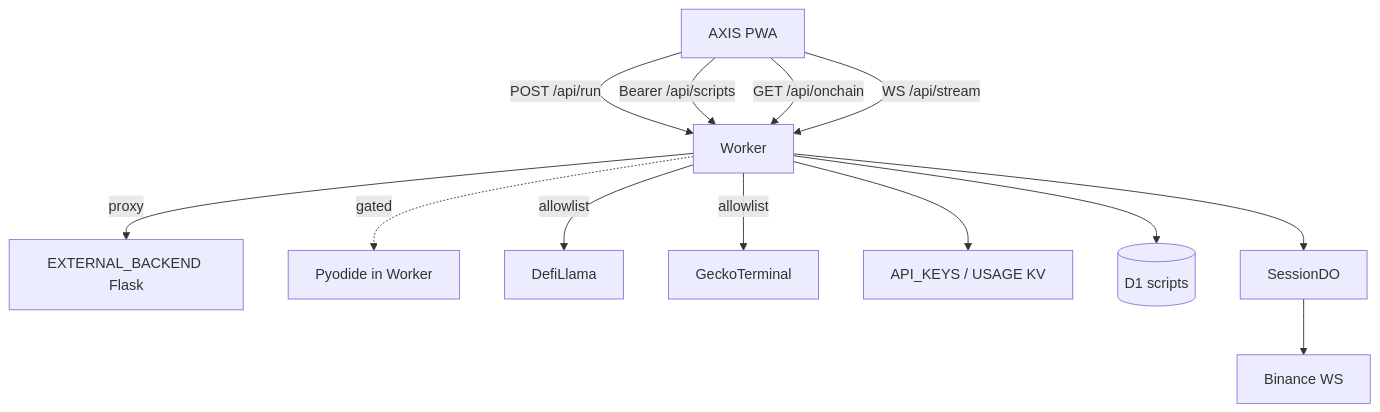
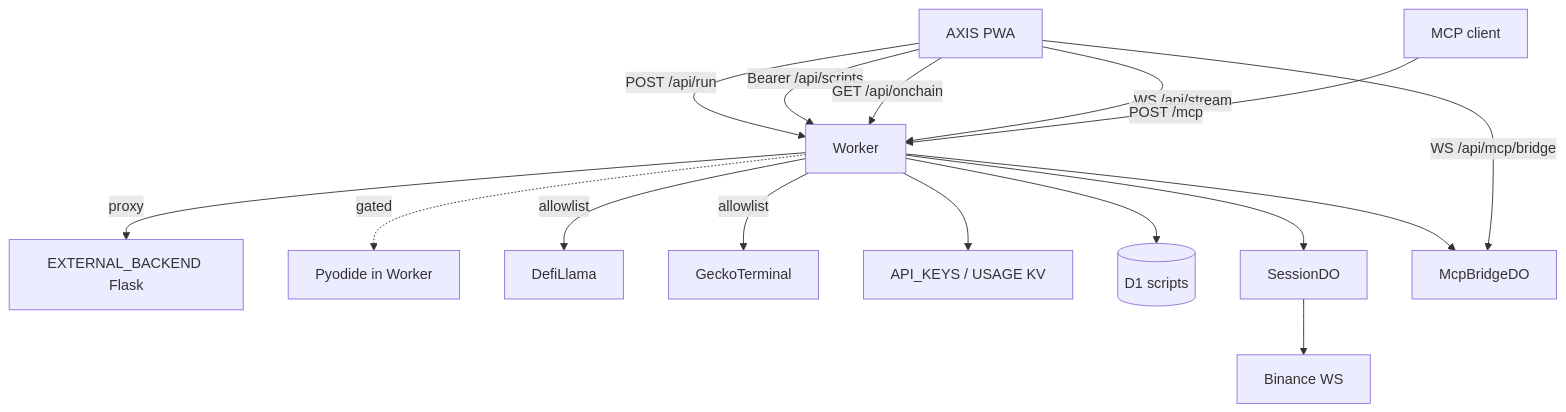
The diagram in docs/worker/index.mdx (hoox-sh/axis), drawn with Mermaid before and after one commit. The commit also changed other lines of this file and 28 other files, not shown here.

````diff
--- a/docs/worker/index.mdx
+++ b/docs/worker/index.mdx
@@ -39,16 +39,19 @@
 ```mermaid
 flowchart TB
   PWA[AXIS PWA]
   PWA -->|POST /api/run| W[Worker]
   PWA -->|Bearer /api/scripts| W
   PWA -->|GET /api/onchain| W
   PWA -->|WS /api/stream| W
   W -->|proxy| FLASK[EXTERNAL_BACKEND Flask]
   W -.->|gated| PY[Pyodide in Worker]
   W -->|allowlist| LL[DefiLlama]
   W -->|allowlist| GT[GeckoTerminal]
   W --> KV[API_KEYS / USAGE KV]
   W --> D1[(D1 scripts)]
   W --> DO[SessionDO]
+  W --> MCP[McpBridgeDO]
+  Agent[MCP client] -->|POST /mcp| W
+  PWA -->|WS /api/mcp/bridge| MCP
   DO --> BIN[Binance WS]
 ```
````
